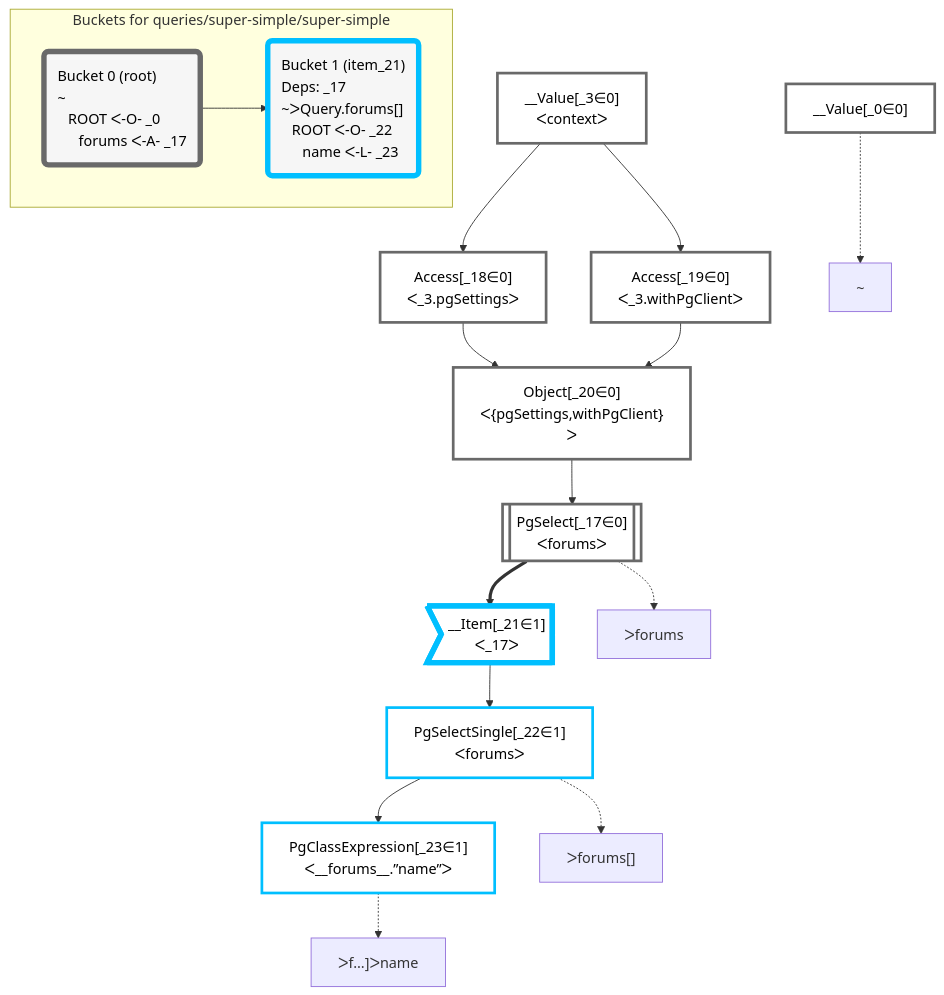
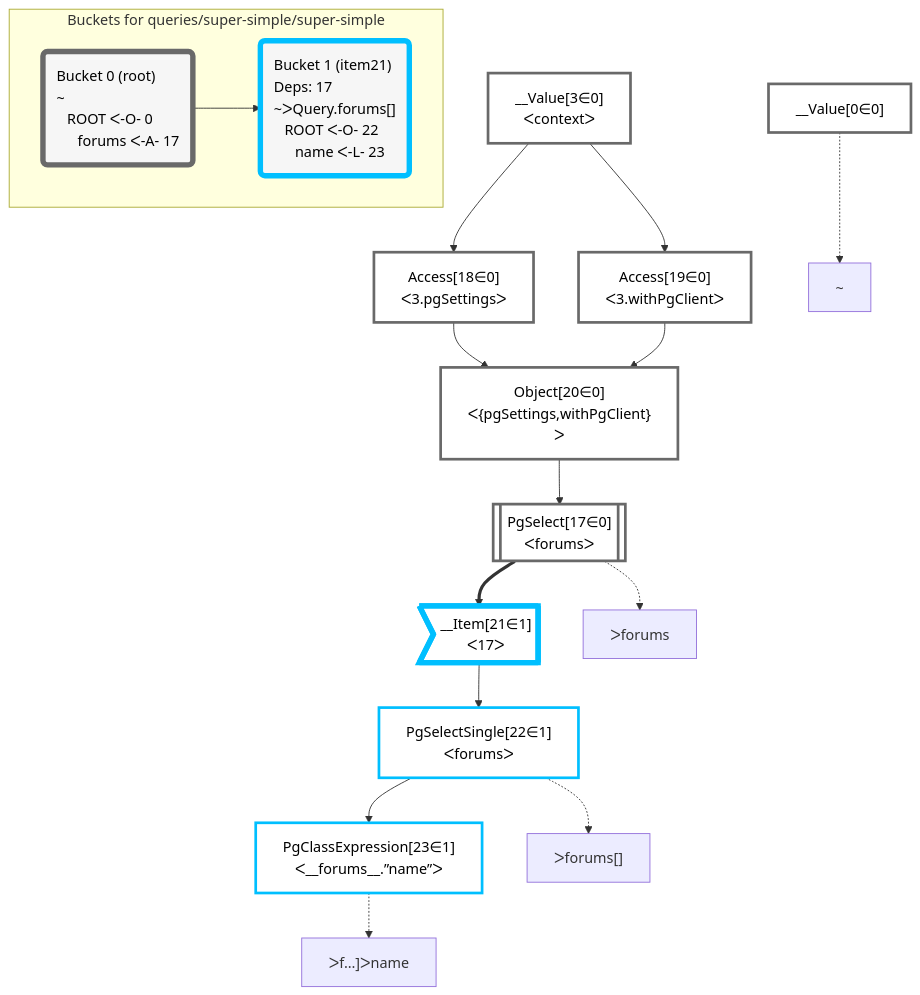
The diagram in packages/dataplan-pg/__tests__/queries/super-simple/super-simple.deopt.mermaid.md (graphile/crystal), drawn with Mermaid before and after one commit. The commit also changed 195 other files, not shown here.

````diff
--- a/packages/dataplan-pg/__tests__/queries/super-simple/super-simple.deopt.mermaid.md
+++ b/packages/dataplan-pg/__tests__/queries/super-simple/super-simple.deopt.mermaid.md
@@ -1,49 +1,49 @@
 ```mermaid
 graph TD
     classDef path fill:#eee,stroke:#000,color:#000
     classDef plan fill:#fff,stroke-width:3px,color:#000
     classDef itemplan fill:#fff,stroke-width:6px,color:#000
     classDef sideeffectplan fill:#f00,stroke-width:6px,color:#000
     classDef bucket fill:#f6f6f6,color:#000,stroke-width:6px,text-align:left
 
 
     %% define plans
-    __Value_0["__Value[_0∈0]"]:::plan
-    PgClassExpression_23["PgClassExpression[_23∈1]<br />ᐸ__forums__.”name”ᐳ"]:::plan
-    PgSelectSingle_22["PgSelectSingle[_22∈1]<br />ᐸforumsᐳ"]:::plan
-    __Item_21>"__Item[_21∈1]<br />ᐸ_17ᐳ"]:::itemplan
-    PgSelect_17[["PgSelect[_17∈0]<br />ᐸforumsᐳ"]]:::plan
-    Object_20["Object[_20∈0]<br />ᐸ{pgSettings,withPgClient}ᐳ"]:::plan
-    Access_18["Access[_18∈0]<br />ᐸ_3.pgSettingsᐳ"]:::plan
-    Access_19["Access[_19∈0]<br />ᐸ_3.withPgClientᐳ"]:::plan
-    __Value_3["__Value[_3∈0]<br />ᐸcontextᐳ"]:::plan
+    __Value0["__Value[0∈0]"]:::plan
+    PgClassExpression23["PgClassExpression[23∈1]<br />ᐸ__forums__.”name”ᐳ"]:::plan
+    PgSelectSingle22["PgSelectSingle[22∈1]<br />ᐸforumsᐳ"]:::plan
+    __Item21>"__Item[21∈1]<br />ᐸ17ᐳ"]:::itemplan
+    PgSelect17[["PgSelect[17∈0]<br />ᐸforumsᐳ"]]:::plan
+    Object20["Object[20∈0]<br />ᐸ{pgSettings,withPgClient}ᐳ"]:::plan
+    Access18["Access[18∈0]<br />ᐸ3.pgSettingsᐳ"]:::plan
+    Access19["Access[19∈0]<br />ᐸ3.withPgClientᐳ"]:::plan
+    __Value3["__Value[3∈0]<br />ᐸcontextᐳ"]:::plan
 
     %% plan dependencies
-    PgSelectSingle_22 --> PgClassExpression_23
-    __Item_21 --> PgSelectSingle_22
-    PgSelect_17 ==> __Item_21
-    Object_20 --> PgSelect_17
-    Access_18 & Access_19 --> Object_20
-    __Value_3 --> Access_18
-    __Value_3 --> Access_19
+    PgSelectSingle22 --> PgClassExpression23
+    __Item21 --> PgSelectSingle22
+    PgSelect17 ==> __Item21
+    Object20 --> PgSelect17
+    Access18 & Access19 --> Object20
+    __Value3 --> Access18
+    __Value3 --> Access19
 
     %% plan-to-path relationships
-    P_0["~"]
-    __Value_0 -.-> P_0
-    P_17["ᐳforums"]
-    PgSelect_17 -.-> P_17
-    P_22["ᐳforums[]"]
-    PgSelectSingle_22 -.-> P_22
-    P_23["ᐳf…]ᐳname"]
-    PgClassExpression_23 -.-> P_23
+    P0["~"]
+    __Value0 -.-> P0
+    P17["ᐳforums"]
+    PgSelect17 -.-> P17
+    P22["ᐳforums[]"]
+    PgSelectSingle22 -.-> P22
+    P23["ᐳf…]ᐳname"]
+    PgClassExpression23 -.-> P23
 
     subgraph "Buckets for queries/super-simple/super-simple"
-    Bucket0("Bucket 0 (root)<br />~<br />⠀ROOT ᐸ-O- _0<br />⠀⠀forums ᐸ-A- _17"):::bucket
+    Bucket0("Bucket 0 (root)<br />~<br />⠀ROOT ᐸ-O- 0<br />⠀⠀forums ᐸ-A- 17"):::bucket
     classDef bucket0 stroke:#696969
-    class Bucket0,__Value_0,__Value_3,PgSelect_17,Access_18,Access_19,Object_20 bucket0
-    Bucket1("Bucket 1 (item_21)<br />Deps: _17<br />~ᐳQuery.forums[]<br />⠀ROOT ᐸ-O- _22<br />⠀⠀name ᐸ-L- _23"):::bucket
+    class Bucket0,__Value0,__Value3,PgSelect17,Access18,Access19,Object20 bucket0
+    Bucket1("Bucket 1 (item21)<br />Deps: 17<br />~ᐳQuery.forums[]<br />⠀ROOT ᐸ-O- 22<br />⠀⠀name ᐸ-L- 23"):::bucket
     classDef bucket1 stroke:#00bfff
-    class Bucket1,__Item_21,PgSelectSingle_22,PgClassExpression_23 bucket1
+    class Bucket1,__Item21,PgSelectSingle22,PgClassExpression23 bucket1
     Bucket0 --> Bucket1
     end
 ```
````
